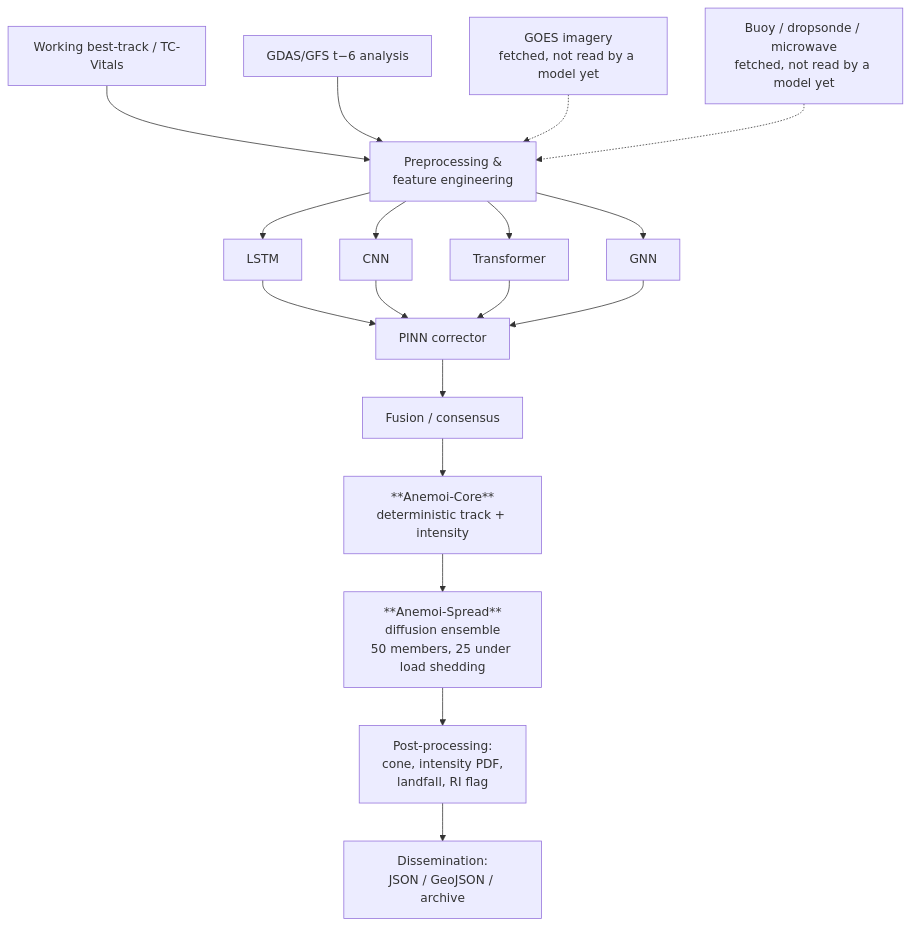
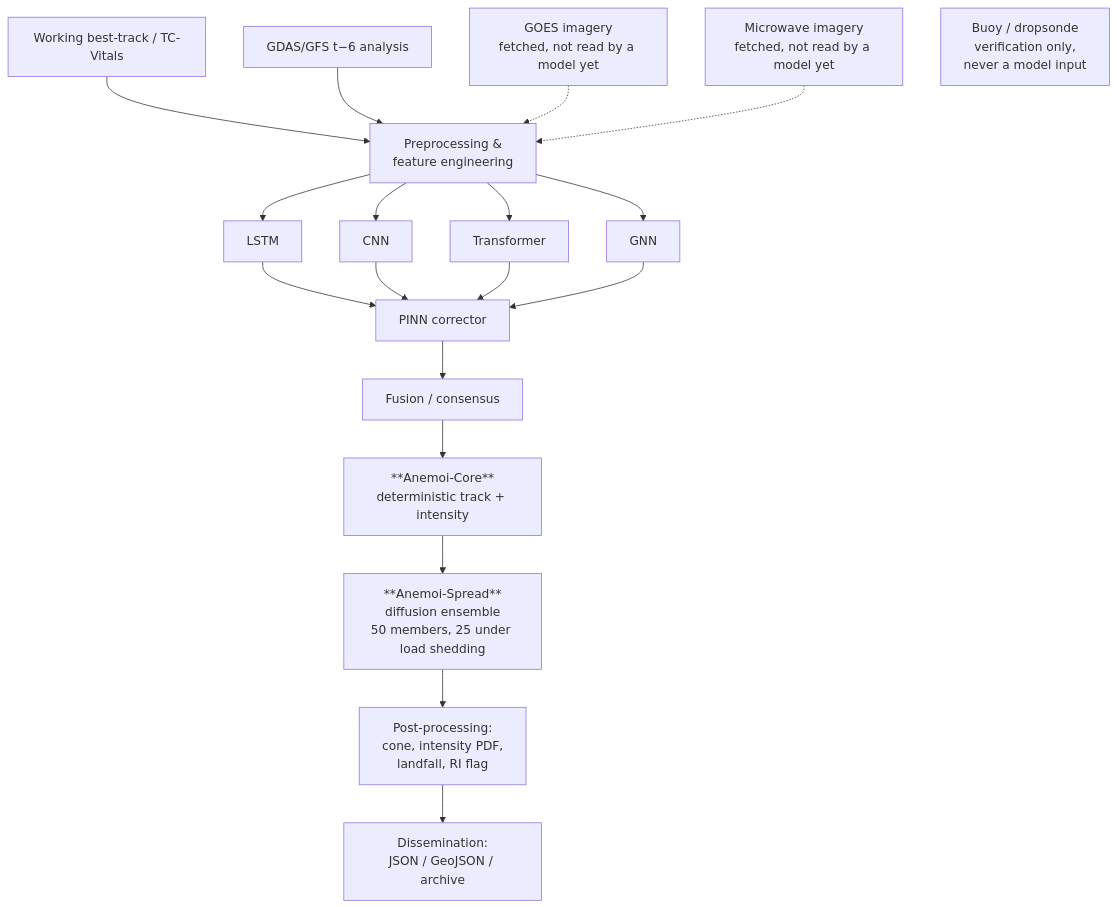
The diagram in wiki/Home.md (jasonkolodziej/anemoi), drawn with Mermaid before and after one commit. The commit also changed other lines of this file, not shown here.

Commit message:
docs(wiki): draw buoys and dropsondes as verification-only on Home
The overview diagram, which the Architecture page links as its plain
version, drew buoys and dropsondes with dashed edges into Preprocessing
as "not read by a model yet", as if they were future inputs. The API
designates them verification-only and never a model input, and the
console's graph gives them no edge. They now sit apart with no edge,
microwave keeps its dashed one, and the text above says why.

Claude-Session: https://claude.ai/code/session_01GfWKTFrKmceWRCkTYHemJy

````diff
--- a/wiki/Home.md
+++ b/wiki/Home.md
@@ -49,20 +49,21 @@
 ```mermaid
 flowchart TD
     A[Working best-track / TC-Vitals] --> F
     B[GDAS/GFS t−6 analysis] --> F
     C[GOES imagery<br/>fetched, not read by a model yet] -.-> F
-    D[Buoy / dropsonde / microwave<br/>fetched, not read by a model yet] -.-> F
+    D[Microwave imagery<br/>fetched, not read by a model yet] -.-> F
+    V[Buoy / dropsonde<br/>verification only,<br/>never a model input]
     F[Preprocessing &<br/>feature engineering] --> G1[LSTM]
     F --> G2[CNN]
     F --> G3[Transformer]
     F --> G4[GNN]
     G1 --> P[PINN corrector]
     G2 --> P
     G3 --> P
     G4 --> P
     P --> FU[Fusion / consensus]
     FU --> AE[**Anemoi-Core**<br/>deterministic track + intensity]
     AE --> ME[**Anemoi-Spread**<br/>diffusion ensemble<br/>50 members, 25 under load shedding]
     ME --> PP[Post-processing:<br/>cone, intensity PDF,<br/>landfall, RI flag]
     PP --> OUT[Dissemination:<br/>JSON / GeoJSON / archive]
 ```
````
